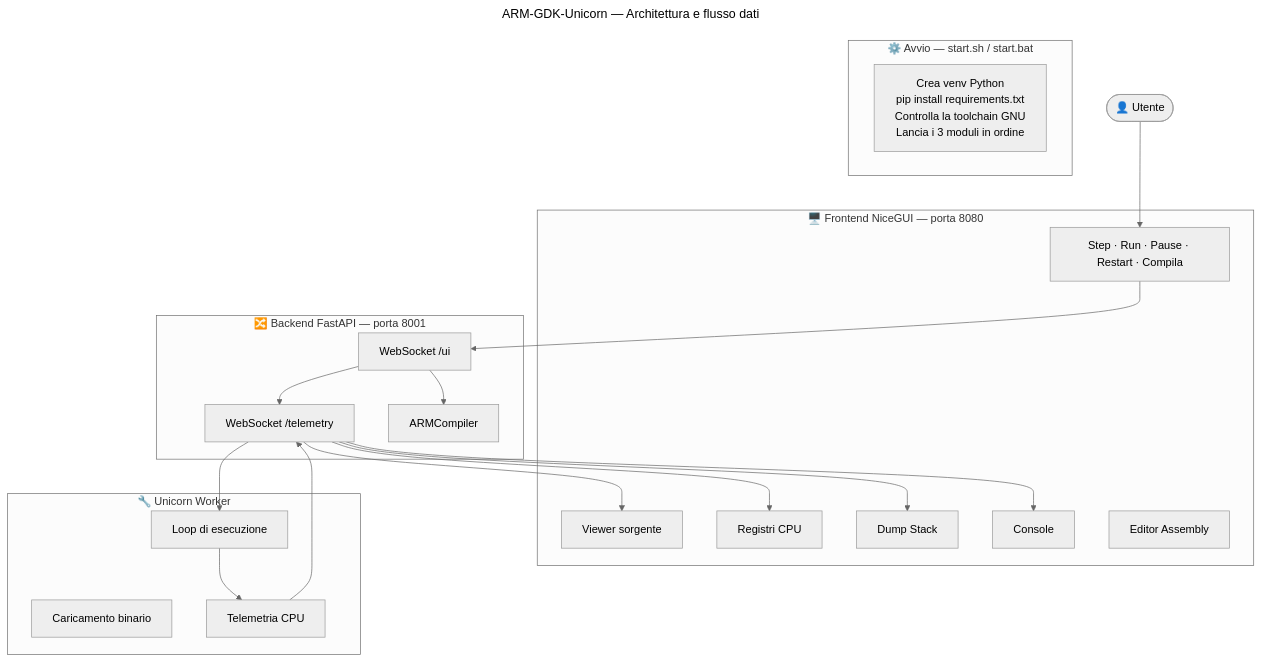
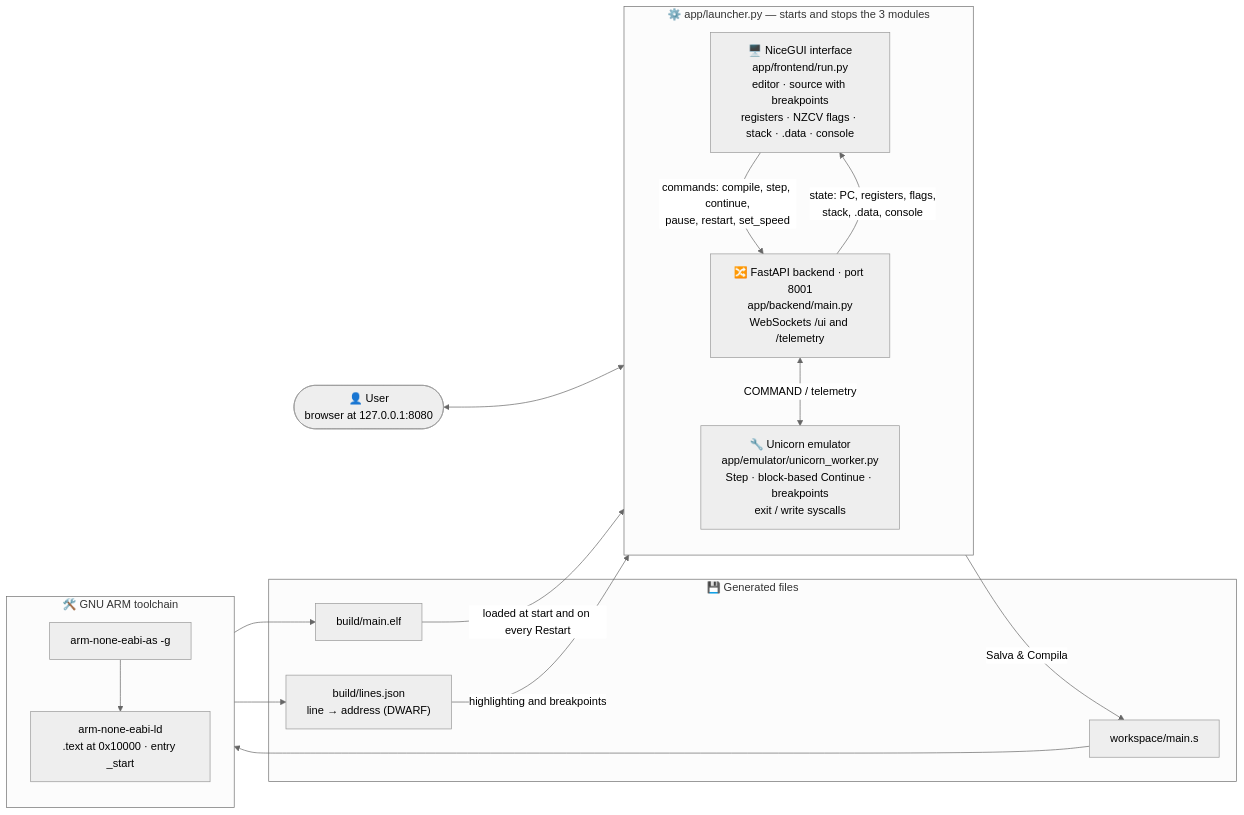
The diagram in README.md (EmaLau/ARM-GDK-Unicorn), drawn with Mermaid (neutral theme) before and after one commit. The commit also changed other lines of this file and 14 other files, not shown here.

````diff
--- a/README.md
+++ b/README.md
@@ -49,49 +106,32 @@
 ```mermaid
----
-title: ARM-GDK-Unicorn — Architettura e flusso dati
----
-flowchart TB
+flowchart LR
+    USER(["👤 User<br/>browser at 127.0.0.1:8080"])
 
-    USER(["👤 Utente"])
-
-    subgraph BOOT ["⚙️ Avvio — start.sh / start.bat"]
-        direction LR
-        SH["Crea venv Python
-pip install requirements.txt
-Controlla la toolchain GNU
-Lancia i 3 moduli in ordine"]
+    subgraph L ["⚙️ app/launcher.py — starts and stops the 3 modules"]
+        direction TB
+        FE["🖥️ NiceGUI interface<br/>app/frontend/run.py<br/>editor · source with breakpoints<br/>registers · NZCV flags · stack · .data · console"]
+        BE["🔀 FastAPI backend · port 8001<br/>app/backend/main.py<br/>WebSockets /ui and /telemetry"]
+        EMU["🔧 Unicorn emulator<br/>app/emulator/unicorn_worker.py<br/>Step · block-based Continue · breakpoints<br/>exit / write syscalls"]
     end
 
-    subgraph FE ["🖥️ Frontend NiceGUI — porta 8080"]
-        FE_SRC["Viewer sorgente"]
-        FE_REG["Registri CPU"]
-        FE_MEM["Dump Stack"]
-        FE_CON["Console"]
-        FE_EDT["Editor Assembly"]
-        FE_BTN["Step · Run · Pause · Restart · Compila"]
+    subgraph TC ["🛠️ GNU ARM toolchain"]
+        direction TB
+        AS["arm-none-eabi-as -g"] --> LD["arm-none-eabi-ld<br/>.text at 0x10000 · entry _start"]
     end
 
-    subgraph BE ["🔀 Backend FastAPI — porta 8001"]
-        BE_UI["WebSocket /ui"]
-        BE_TEL["WebSocket /telemetry"]
-        BE_COMP["ARMCompiler"]
+    subgraph F ["💾 Generated files"]
+        SRC["workspace/main.s"]
+        ELF["build/main.elf"]
+        LINES["build/lines.json<br/>line → address (DWARF)"]
     end
 
-    subgraph EMU ["🔧 Unicorn Worker"]
-        EMU_LOAD["Caricamento binario"]
-        EMU_LOOP["Loop di esecuzione"]
-        EMU_STATE["Telemetria CPU"]
-    end
-
-    USER --> FE_BTN
-    FE_BTN --> BE_UI
-    BE_UI --> BE_COMP
-    BE_UI --> BE_TEL
-    BE_TEL --> EMU_LOOP
-    EMU_LOOP --> EMU_STATE
-    EMU_STATE --> BE_TEL
-    BE_TEL --> FE_SRC
-    BE_TEL --> FE_REG
-    BE_TEL --> FE_MEM
-    BE_TEL --> FE_CON
+    USER <--> FE
+    FE -- "commands: compile, step, continue,<br/>pause, restart, set_speed" --> BE
+    BE -- "state: PC, registers, flags,<br/>stack, .data, console" --> FE
+    BE -- "Salva & Compila" --> SRC --> AS
+    LD --> ELF
+    LD --> LINES
+    BE <-- "COMMAND / telemetry" --> EMU
+    ELF -- "loaded at start and on every Restart" --> EMU
+    LINES -- "highlighting and breakpoints" --> FE
 ```
````
